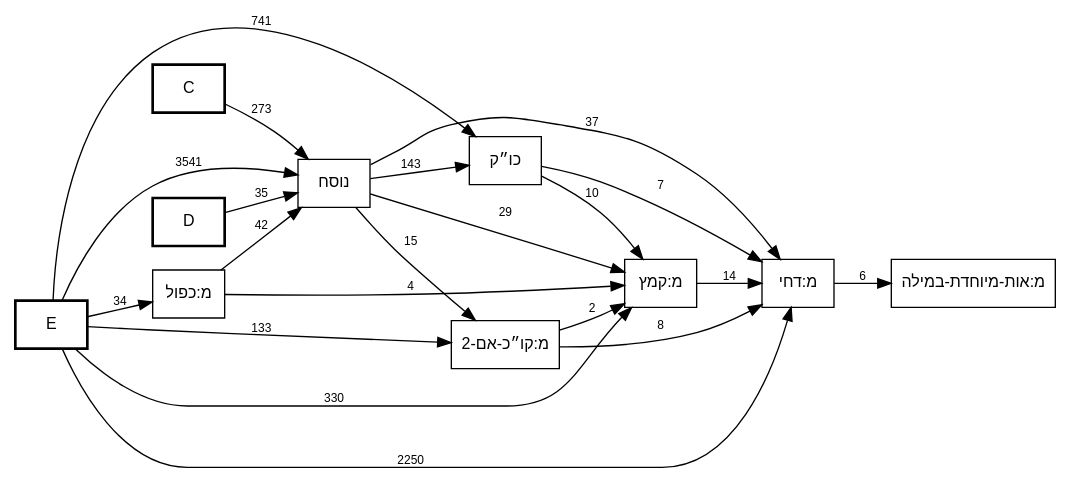
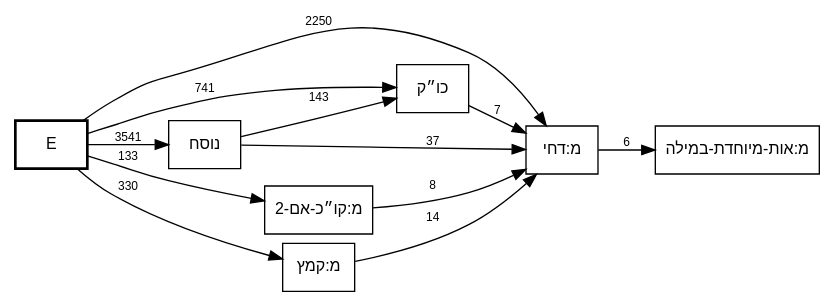
One commit to bdenckla/MAM-basics changed the diagram in out/MAM-tmpl-survey/plus-dchi-call-graph.dot. Above: the diagram before and after it, drawn with Graphviz. The commit also changed 7 other files, not shown here.

First line of the commit message:
Tighten focused template call graphs to target-anchored stack context

```diff
--- a/out/MAM-tmpl-survey/plus-dchi-call-graph.dot
+++ b/out/MAM-tmpl-survey/plus-dchi-call-graph.dot
@@ -1,39 +1,28 @@
 // This file was generated by MAM-basics/py/main_tmpl_survey.py.
 // Do not edit by hand.
 digraph template_call_graph {
     rankdir=LR;
     node [fontname="SBL Hebrew,Helvetica", fontsize=12];
     edge [fontname="Helvetica", fontsize=9];
     graph [comment="This file was generated by MAM-basics/py/main_tmpl_survey.py."];
 
     // Column nodes
     node [shape=box, style=bold];
-    "C";
-    "D";
     "E";
 
     // Template nodes
     node [shape=box, style=""];
 
     // Edges
-    "C" -> "נוסח" [label="273"];
-    "D" -> "נוסח" [label="35"];
     "E" -> "כו״ק" [label="741"];
     "E" -> "מ:דחי" [label="2250"];
-    "E" -> "מ:כפול" [label="34"];
     "E" -> "מ:קו״כ-אם-2" [label="133"];
     "E" -> "מ:קמץ" [label="330"];
     "E" -> "נוסח" [label="3541"];
     "כו״ק" -> "מ:דחי" [label="7"];
-    "כו״ק" -> "מ:קמץ" [label="10"];
     "מ:דחי" -> "מ:אות-מיוחדת-במילה" [label="6"];
-    "מ:כפול" -> "מ:קמץ" [label="4"];
-    "מ:כפול" -> "נוסח" [label="42"];
     "מ:קו״כ-אם-2" -> "מ:דחי" [label="8"];
-    "מ:קו״כ-אם-2" -> "מ:קמץ" [label="2"];
     "מ:קמץ" -> "מ:דחי" [label="14"];
     "נוסח" -> "כו״ק" [label="143"];
     "נוסח" -> "מ:דחי" [label="37"];
-    "נוסח" -> "מ:קו״כ-אם-2" [label="15"];
-    "נוסח" -> "מ:קמץ" [label="29"];
 }
```
